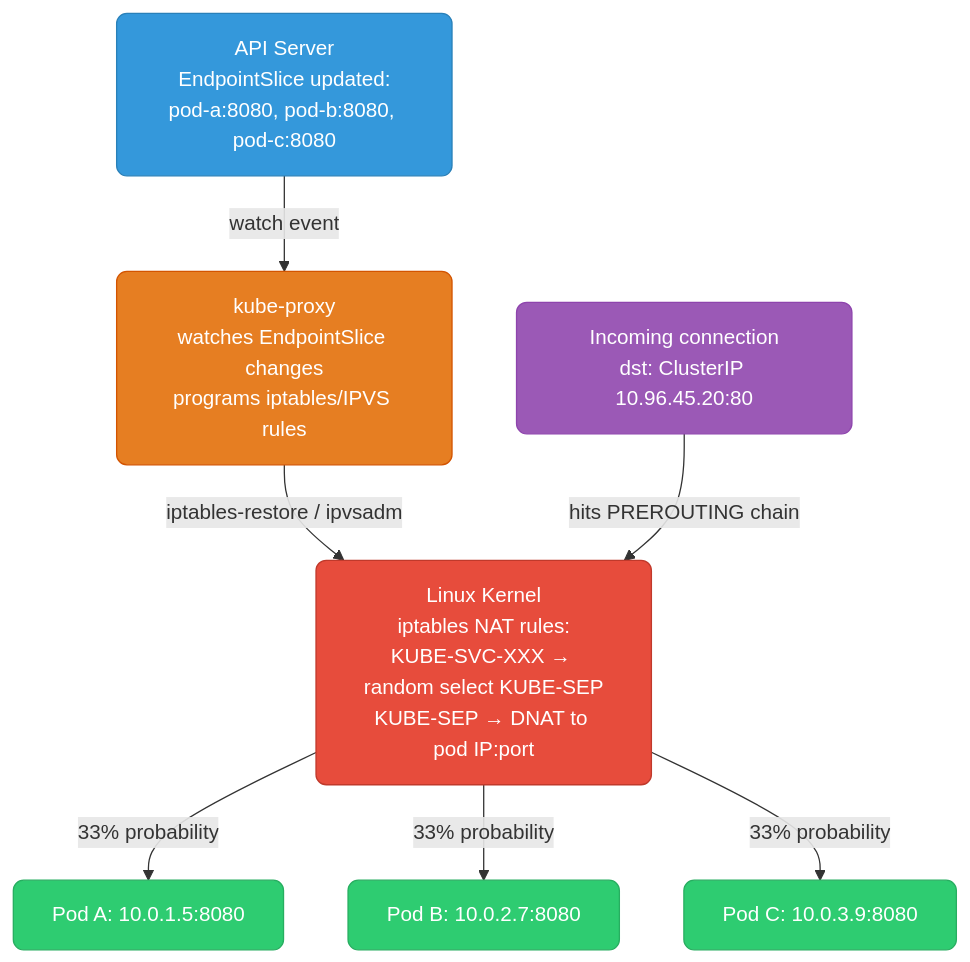
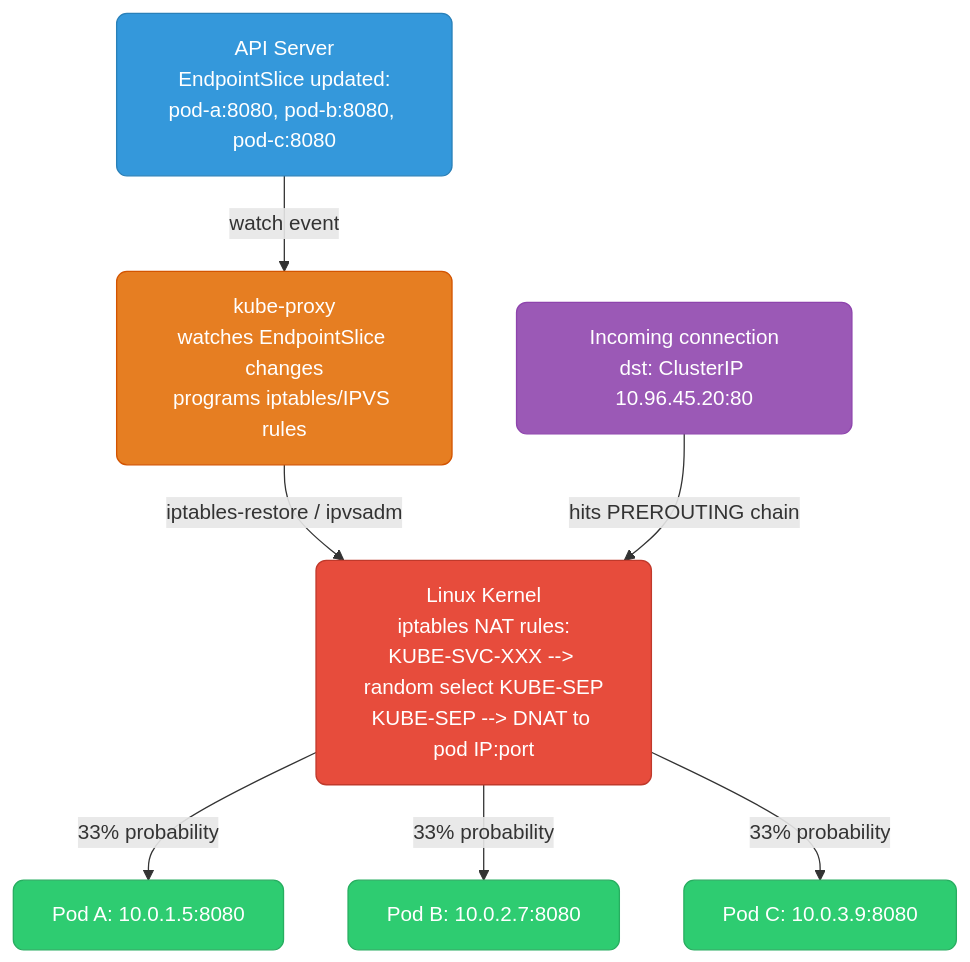
Diagram 13 of 23 in devops/kubernetes/networking.md (deepanshu-rawat6/tour-of-go), drawn with Mermaid before and after one commit. The commit also changed other lines of this file and 25 other files, not shown here.

````diff
--- a/devops/kubernetes/networking.md
+++ b/devops/kubernetes/networking.md
@@ -558,31 +558,31 @@
 ```mermaid
 graph TD
     classDef kernel fill:#e74c3c,stroke:#c0392b,color:#fff,rx:8
     classDef proxy fill:#e67e22,stroke:#d35400,color:#fff,rx:8
     classDef ctrl fill:#3498db,stroke:#2980b9,color:#fff,rx:8
     classDef pod fill:#2ecc71,stroke:#27ae60,color:#fff,rx:8
     classDef svc fill:#9b59b6,stroke:#8e44ad,color:#fff,rx:8
 
     API["API Server
 EndpointSlice updated:
 pod-a:8080, pod-b:8080, pod-c:8080"]:::ctrl
     KP["kube-proxy
 watches EndpointSlice changes
 programs iptables/IPVS rules"]:::proxy
     RULES["Linux Kernel
 iptables NAT rules:
-KUBE-SVC-XXX → random select KUBE-SEP
-KUBE-SEP → DNAT to pod IP:port"]:::kernel
+KUBE-SVC-XXX --> random select KUBE-SEP
+KUBE-SEP --> DNAT to pod IP:port"]:::kernel
     CONN["Incoming connection
 dst: ClusterIP 10.96.45.20:80"]:::svc
     POD_A["Pod A: 10.0.1.5:8080"]:::pod
     POD_B["Pod B: 10.0.2.7:8080"]:::pod
     POD_C["Pod C: 10.0.3.9:8080"]:::pod
 
     API -->|"watch event"| KP
     KP -->|"iptables-restore / ipvsadm"| RULES
     CONN -->|"hits PREROUTING chain"| RULES
     RULES -->|"33% probability"| POD_A
     RULES -->|"33% probability"| POD_B
     RULES -->|"33% probability"| POD_C
 ```
````
